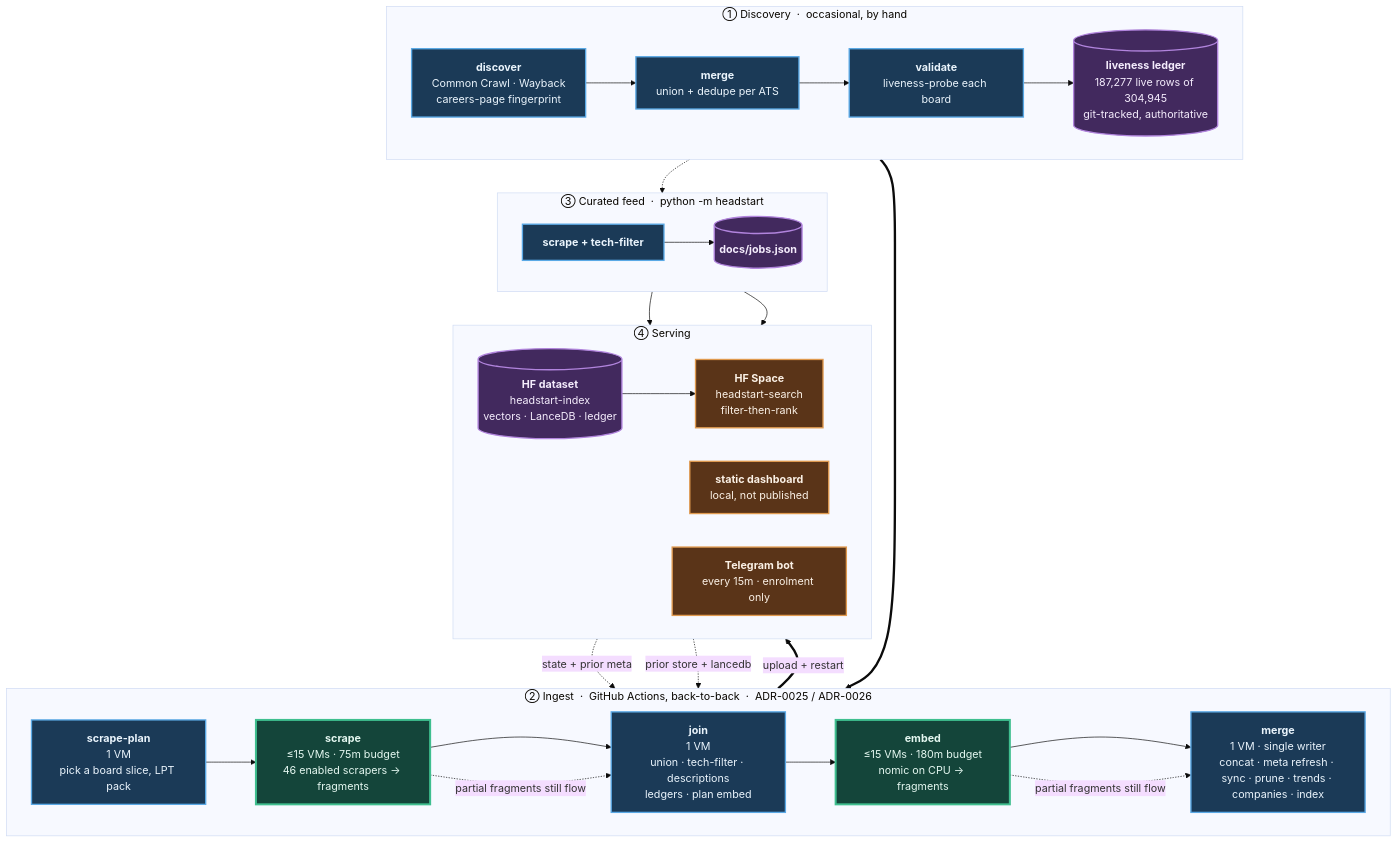
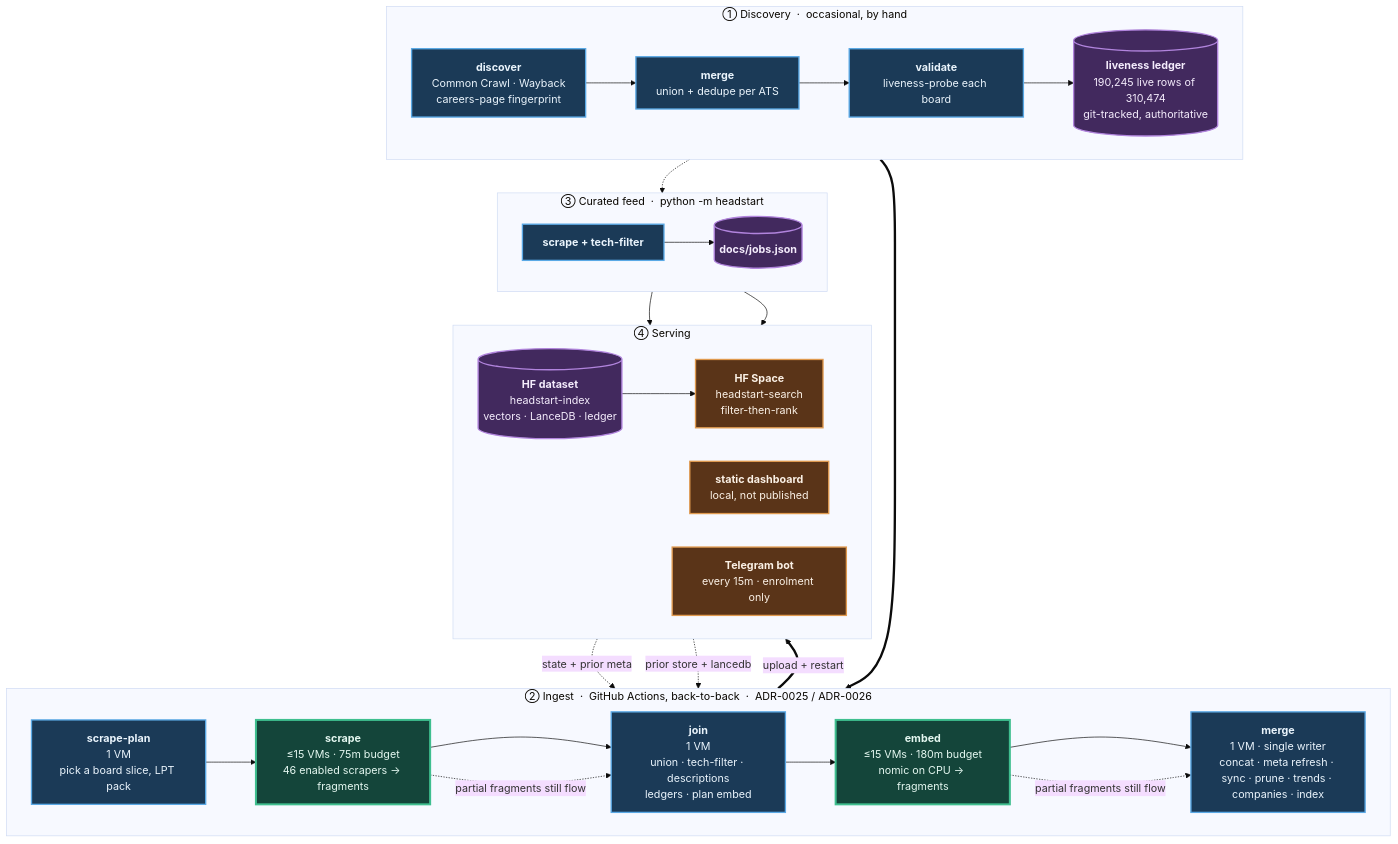
One commit to sarthakjain004/headstart changed the diagram in README.md. Above: the diagram before and after it, drawn with Mermaid (base theme). The commit also changed other lines of this file and 12 other files, not shown here.

````diff
--- a/README.md
+++ b/README.md
@@ -180,56 +180,56 @@
 ```mermaid
 flowchart TB
     subgraph D["① Discovery &nbsp;·&nbsp; occasional, by hand"]
         direction LR
         D1["<b>discover</b><br/>Common Crawl · Wayback<br/>careers-page fingerprint"]
         D2["<b>merge</b><br/>union + dedupe per ATS"]
         D3["<b>validate</b><br/>liveness-probe each board"]
-        D4[("<b>liveness ledger</b><br/>187,277 live rows of 304,945<br/>git-tracked, authoritative")]
+        D4[("<b>liveness ledger</b><br/>190,245 live rows of 310,474<br/>git-tracked, authoritative")]
         D1 --> D2 --> D3 --> D4
     end
 
     subgraph P["② Ingest &nbsp;·&nbsp; GitHub Actions, back-to-back &nbsp;·&nbsp; ADR-0025 / ADR-0026"]
         direction LR
         P1["<b>scrape-plan</b><br/>1 VM<br/>pick a board slice, LPT pack"]
         P2["<b>scrape</b><br/>≤15 VMs · 75m budget<br/>46 enabled scrapers → fragments"]
         P3["<b>join</b><br/>1 VM<br/>union · tech-filter · descriptions<br/>ledgers · plan embed"]
         P4["<b>embed</b><br/>≤15 VMs · 180m budget<br/>nomic on CPU → fragments"]
         P5["<b>merge</b><br/>1 VM · single writer<br/>concat · meta refresh · sync · prune · trends · companies · index"]
         P1 --> P2 --> P3 --> P4 --> P5
     end
 
     subgraph F["③ Curated feed &nbsp;·&nbsp; python -m headstart"]
         direction LR
         F1["<b>scrape + tech-filter</b>"]
         F2[("<b>docs/jobs.json</b>")]
         F1 --> F2
     end
 
     subgraph S["④ Serving"]
         direction LR
         S1[("<b>HF dataset</b><br/>headstart-index<br/>vectors · LanceDB · ledger")]
         S2["<b>HF Space</b><br/>headstart-search<br/>filter-then-rank"]
         S3["<b>static dashboard</b><br/>local, not published"]
         S4["<b>Telegram bot</b><br/>every 15m · enrolment only"]
         S1 --> S2
     end
 
     D4 ==> P1
     S1 -. "state + prior meta" .-> P1
     S1 -. "prior store + lancedb" .-> P5
     D4 -.-> F1
     P5 ==>|"upload + restart"| S1
     F2 --> S3
     F2 --> S4
     P2 -. "partial fragments still flow" .-> P3
     P4 -. "partial fragments still flow" .-> P5
 
     classDef serial fill:#1b3a57,stroke:#5aa9e6,stroke-width:2px,color:#eaf4fc
     classDef fan fill:#14453a,stroke:#3fbf8f,stroke-width:3px,color:#e4f7f0
     classDef store fill:#42295e,stroke:#b184dd,stroke-width:2px,color:#f4ecfc
     classDef serve fill:#5a3418,stroke:#e09a4f,stroke-width:2px,color:#fbf1e6
     class D1,D2,D3,P1,P3,P5,F1 serial
     class P2,P4 fan
     class D4,F2,S1 store
     class S2,S3,S4 serve
 ```
````
